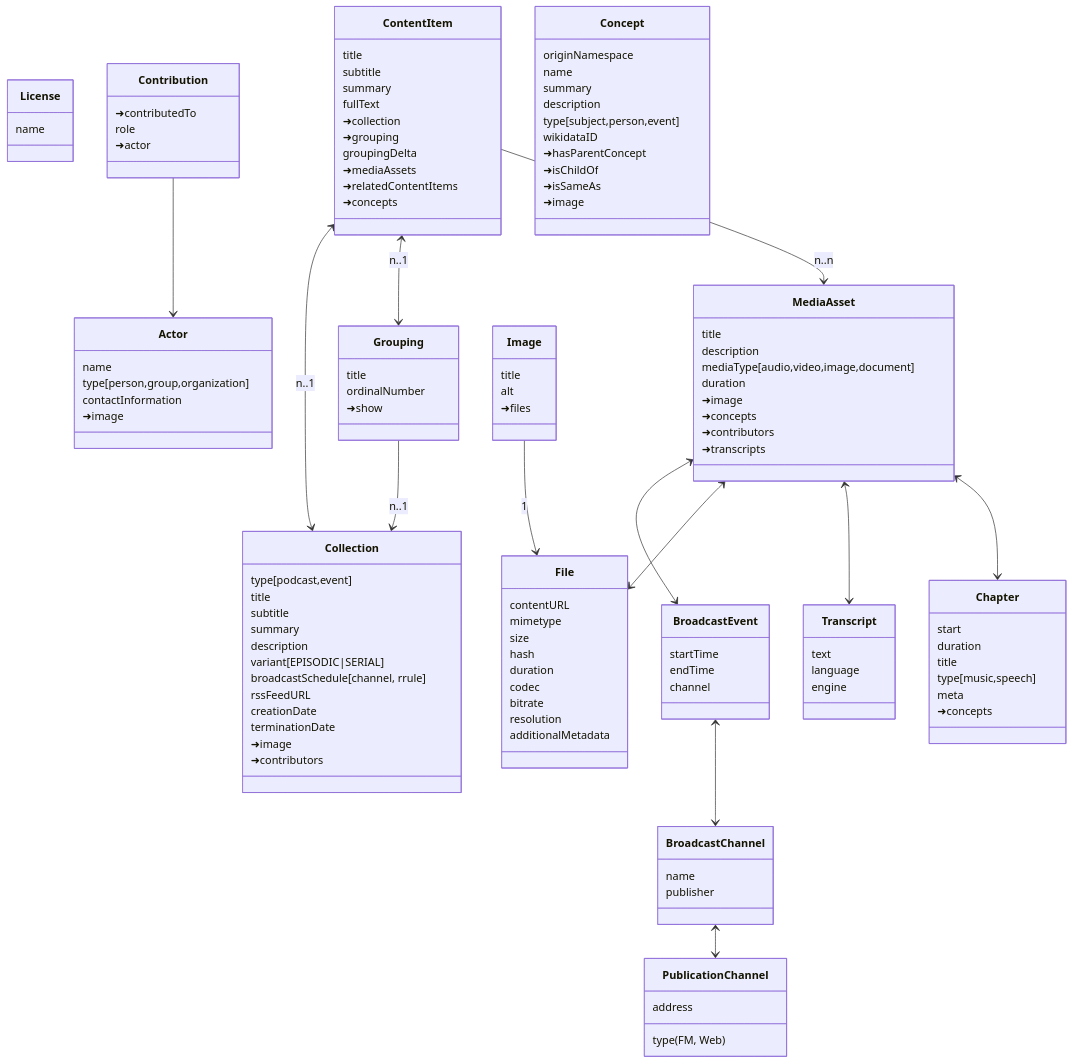
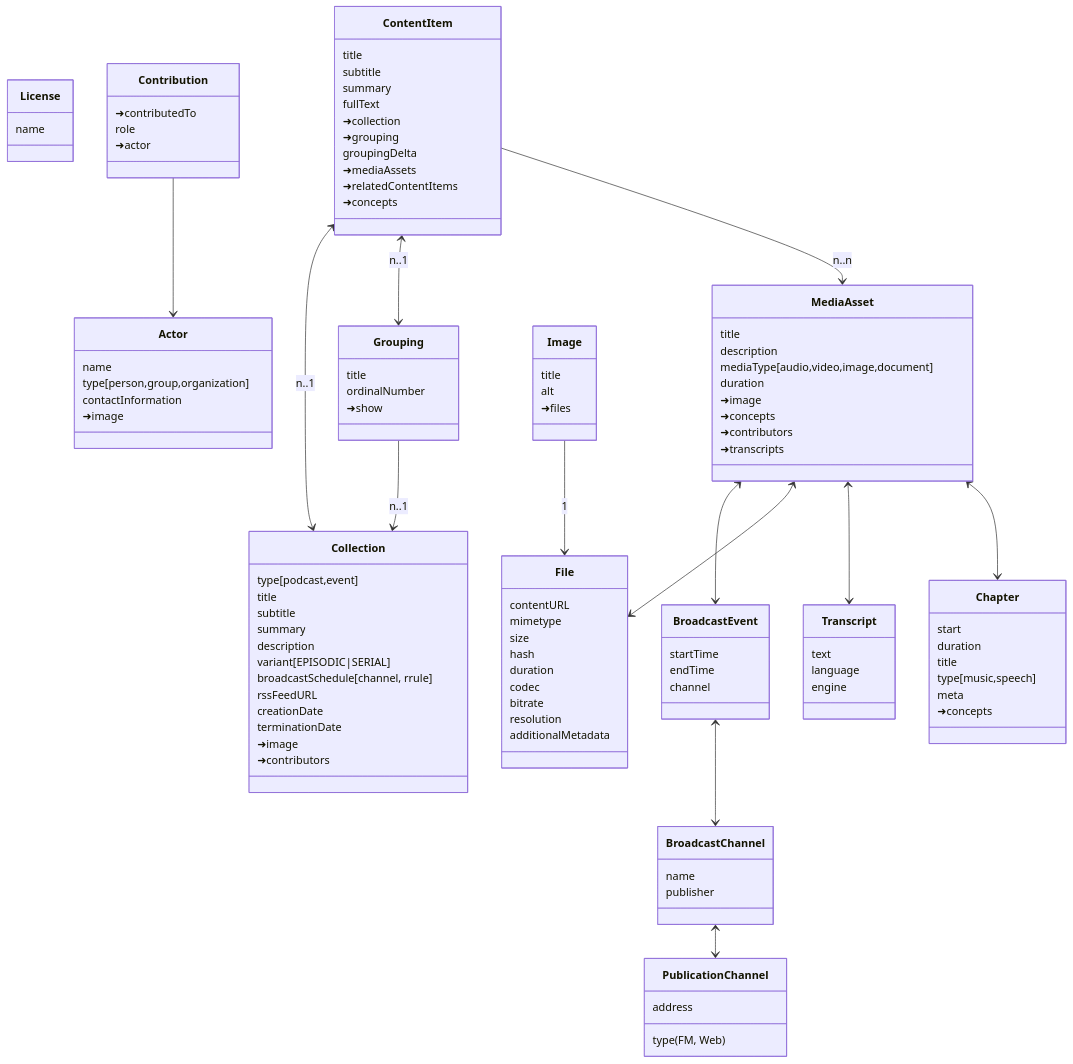
Before and after one commit to repco-org/repco: the diagram in datamodel.md, drawn with Mermaid.

```diff
--- a/datamodel.md
+++ b/datamodel.md
@@ -114,19 +114,6 @@
     ➜actor
 }
 
-class Concept {
-    originNamespace
-    name
-    summary
-    description    
-    type[subject,person,event]
-    wikidataID
-    ➜hasParentConcept
-    ➜isChildOf
-    ➜isSameAs
-    ➜image
-}
-
 Contribution --> Actor
 Image --> File: 1
 ContentItem <--> Collection: n..1
```
